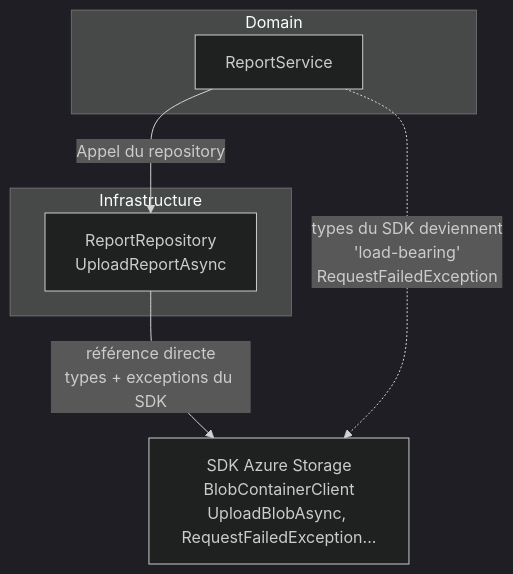
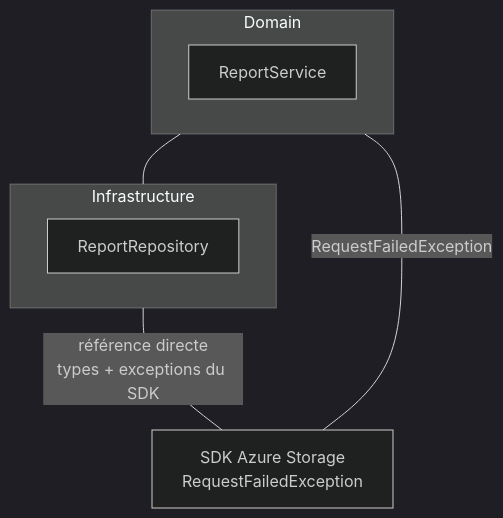
The first of 4 diagrams in 4.migration/readme.md (nono26/MeetupNugetDependence), drawn with Mermaid (dark theme) before and after one commit. The commit also changed other lines of this file and 16 other files, not shown here.

````diff
--- a/4.migration/readme.md
+++ b/4.migration/readme.md
@@ -5,18 +5,18 @@
 ```mermaid
 flowchart TB
     subgraph domain["Domain"]
         RS["ReportService"]
     end
 
     subgraph Infra["Infrastructure"]
         Repository
     end
 
-    Repository["ReportRepository<br/>UploadReportAsync"]
+    Repository["ReportRepository"]
 
-    SDK["SDK Azure Storage<br/>BlobContainerClient<br/>UploadBlobAsync, RequestFailedException..."]
+    SDK["SDK Azure Storage<br/>RequestFailedException"]
 
-    RS -->|"Appel du repository"| Repository
-    Repository -->|"référence directe<br/>types + exceptions du SDK"| SDK
-    RS -.->|"types du SDK deviennent<br/>'load-bearing'<br/>RequestFailedException"| SDK
+    domain --- Infra
+    Infra ---|"référence directe<br/>types + exceptions du SDK"| SDK
+    domain ---|"RequestFailedException"| SDK
 ```
````
